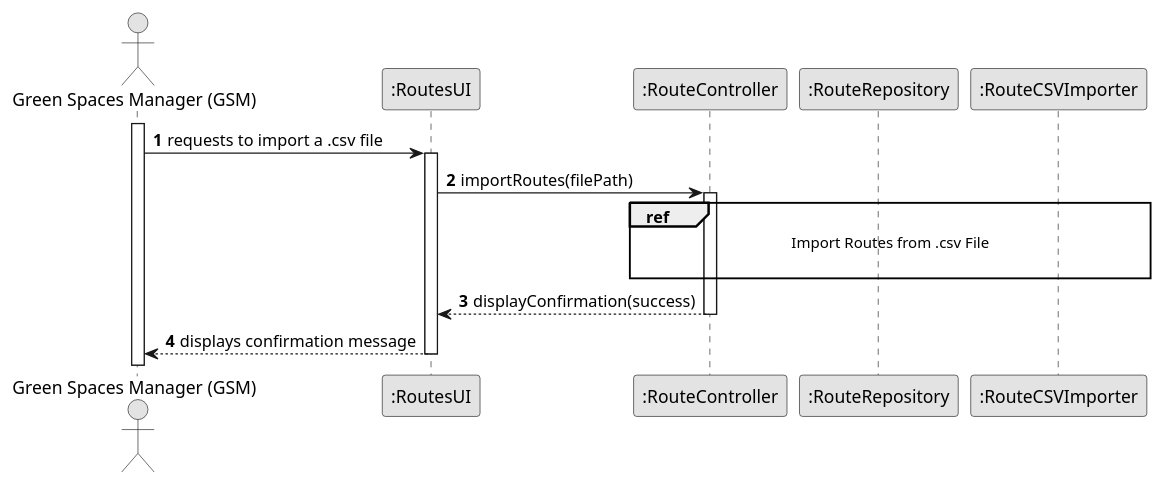
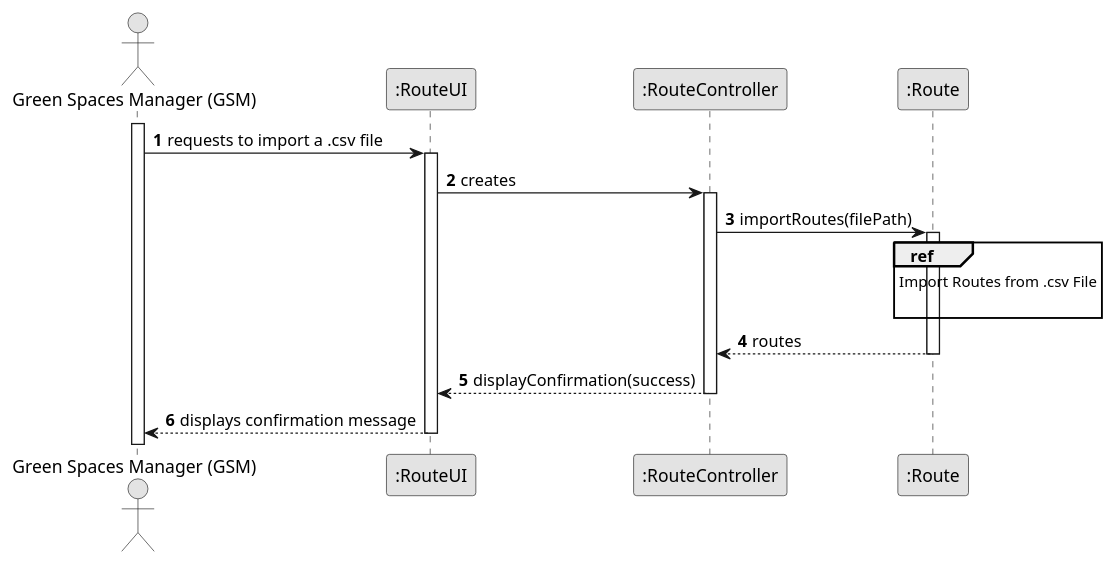
The diagram in docs/sprintB/us012/03.design/puml/us012-sequence-diagram-split.puml (ricardomm7/leaflink), drawn with PlantUML before and after one commit. The commit also changed 10 other files, not shown here.

```diff
--- a/docs/sprintB/us012/03.design/puml/us012-sequence-diagram-split.puml
+++ b/docs/sprintB/us012/03.design/puml/us012-sequence-diagram-split.puml
@@ -1,37 +1,39 @@
 @startuml
 skinparam monochrome true
 skinparam packageStyle rectangle
 skinparam shadowing false
 
 autonumber
 
 'hide footbox
 actor "Green Spaces Manager (GSM)" as GSM
-participant ":RoutesUI" as UI
+participant ":RouteUI" as UI
 participant ":RouteController" as CTR
-participant ":RouteRepository" as Repository
-participant ":RouteCSVImporter" as Importer
+participant ":Route" as Repository
 
 activate GSM
 
 GSM -> UI : requests to import a .csv file
 activate UI
 
-UI -> CTR : importRoutes(filePath)
+UI -> CTR : creates
 activate CTR
 
+CTR -> Repository : importRoutes(filePath)
+activate Repository
 
-    ref over CTR, Repository, Importer
+
+    ref over Repository
                         Import Routes from .csv File
 
                     end
-
-
+Repository --> CTR: routes
+deactivate Repository
 
 CTR --> UI : displayConfirmation(success)
 deactivate CTR
 
 UI --> GSM : displays confirmation message
 deactivate UI
 
 @enduml
```
